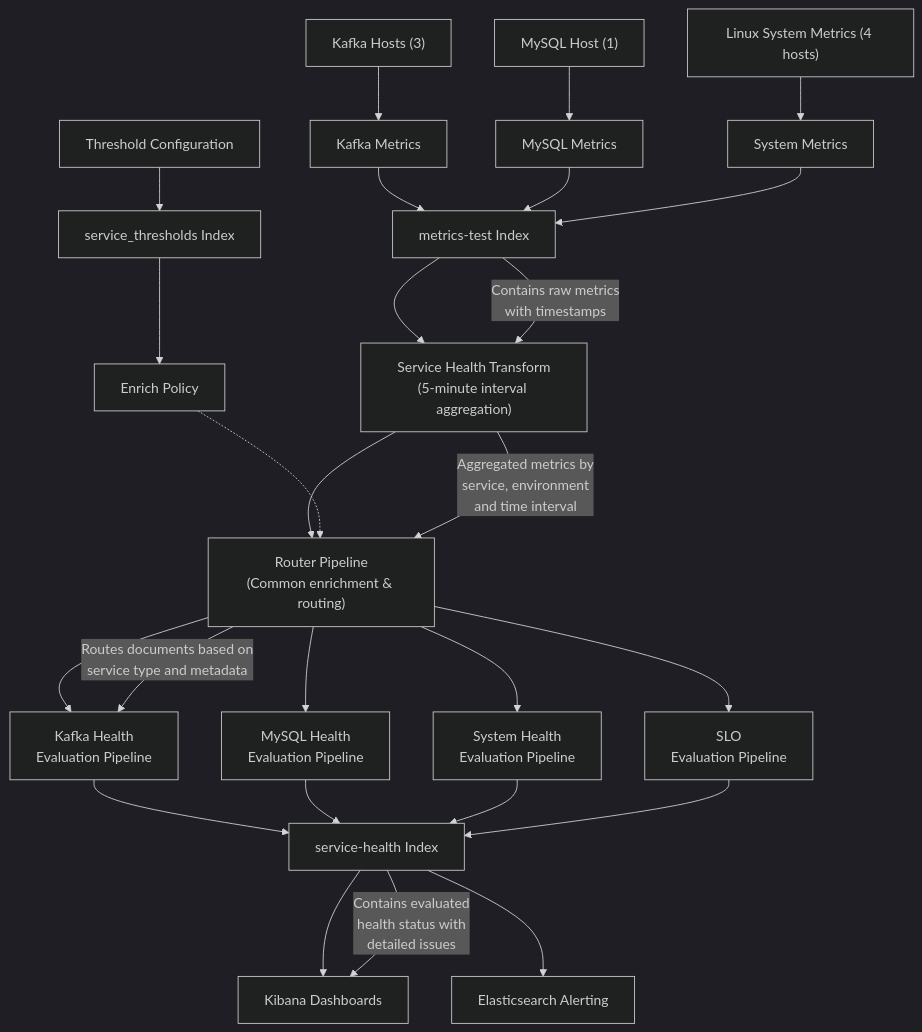
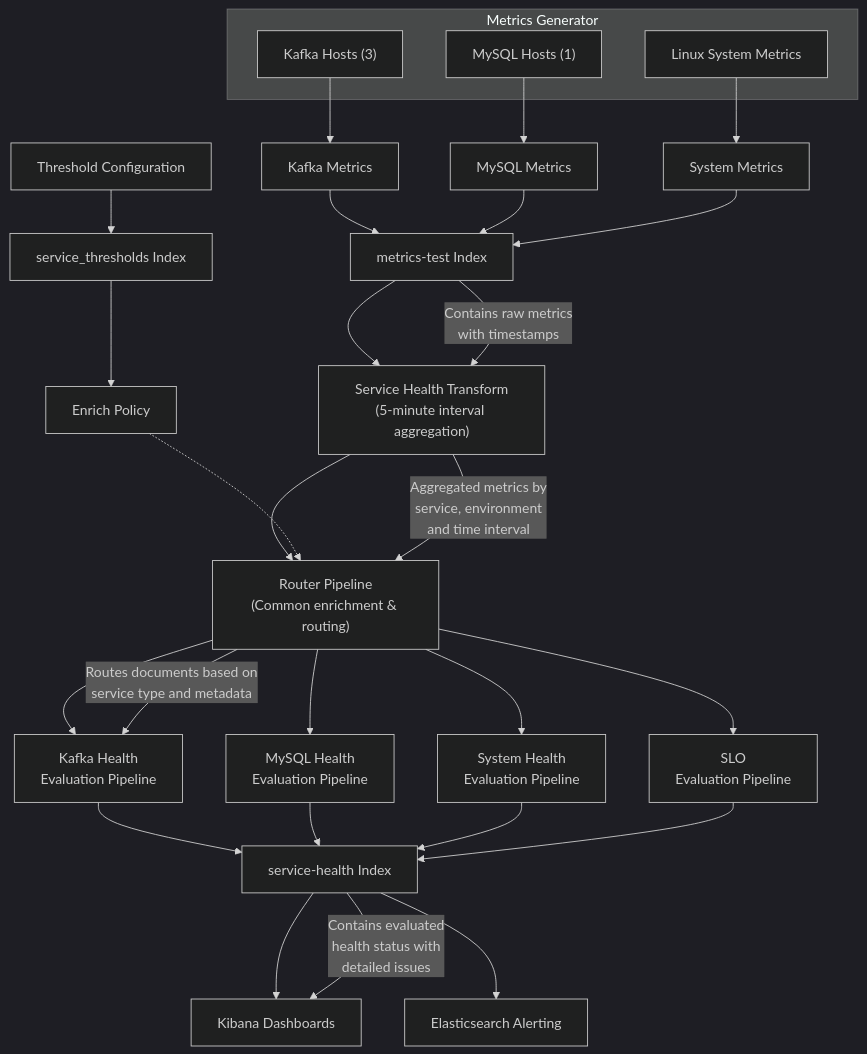
The diagram in aggregate-thresholds/FLOWCHART.mmd (matthew-hollick/elasticsearch), drawn with Mermaid (dark theme) before and after one commit. The commit also changed 7 other files, not shown here.

```diff
--- a/aggregate-thresholds/FLOWCHART.mmd
+++ b/aggregate-thresholds/FLOWCHART.mmd
@@ -1,43 +1,49 @@
 flowchart TD
     %% Data Sources
-    KafkaHosts["Kafka Hosts (3)"] --> KafkaMetrics["Kafka Metrics"]
-    MySQLHost["MySQL Host (1)"] --> MySQLMetrics["MySQL Metrics"]
-    AllHosts["Linux System Metrics (4 hosts)"] --> SystemMetrics["System Metrics"]
+    subgraph generator["Metrics Generator"]
+      KafkaHosts["Kafka Hosts (3)"]
+      MySQLHost["MySQL Hosts (1)"]
+      AllHosts["Linux System Metrics"]
+    end
+
+    KafkaHosts --> KafkaMetrics["Kafka Metrics"]
+    MySQLHost --> MySQLMetrics["MySQL Metrics"]
+    AllHosts --> SystemMetrics["System Metrics"]
 
     %% Data Collection and Storage
     KafkaMetrics --> MetricsIndex["metrics-test Index"]
     MySQLMetrics --> MetricsIndex
     SystemMetrics --> MetricsIndex
 
     %% Threshold Configuration
     ThresholdConfig["Threshold Configuration"] --> ThresholdIndex["service_thresholds Index"]
     ThresholdIndex --> EnrichPolicy["Enrich Policy"]
 
     %% Transform Processing
     MetricsIndex --> Transform["Service Health Transform\n(5-minute interval aggregation)"]
 
     %% Router Pipeline
     Transform --> RouterPipeline["Router Pipeline\n(Common enrichment & routing)"]
     EnrichPolicy -.-> RouterPipeline
 
     %% Specialized Pipelines
     RouterPipeline --> KafkaPipeline["Kafka Health\nEvaluation Pipeline"]
     RouterPipeline --> MySQLPipeline["MySQL Health\nEvaluation Pipeline"]
     RouterPipeline --> SystemPipeline["System Health\nEvaluation Pipeline"]
     RouterPipeline --> SLOPipeline["SLO\nEvaluation Pipeline"]
 
     %% Health Status Storage
     KafkaPipeline --> HealthIndex["service-health Index"]
     MySQLPipeline --> HealthIndex
     SystemPipeline --> HealthIndex
     SLOPipeline --> HealthIndex
 
     %% Visualization and Alerting
     HealthIndex --> Dashboards["Kibana Dashboards"]
     HealthIndex --> Alerts["Elasticsearch Alerting"]
 
     %% Flow Details
     MetricsIndex -->|"Contains raw metrics\nwith timestamps"| Transform
     Transform -->|"Aggregated metrics by\nservice, environment\nand time interval"| RouterPipeline
     RouterPipeline -->|"Routes documents based on\nservice type and metadata"| KafkaPipeline
     HealthIndex -->|"Contains evaluated\nhealth status with\ndetailed issues"| Dashboards
```
